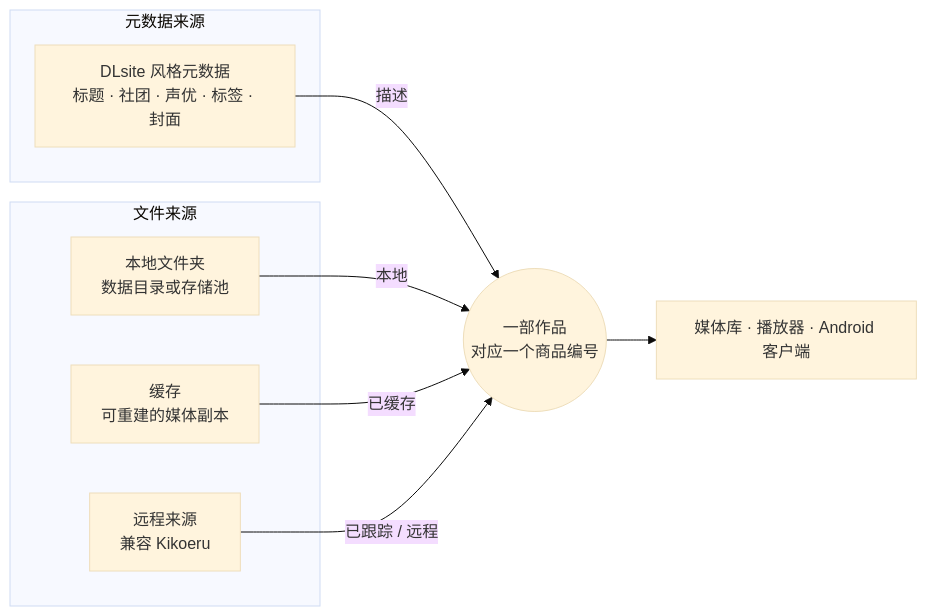
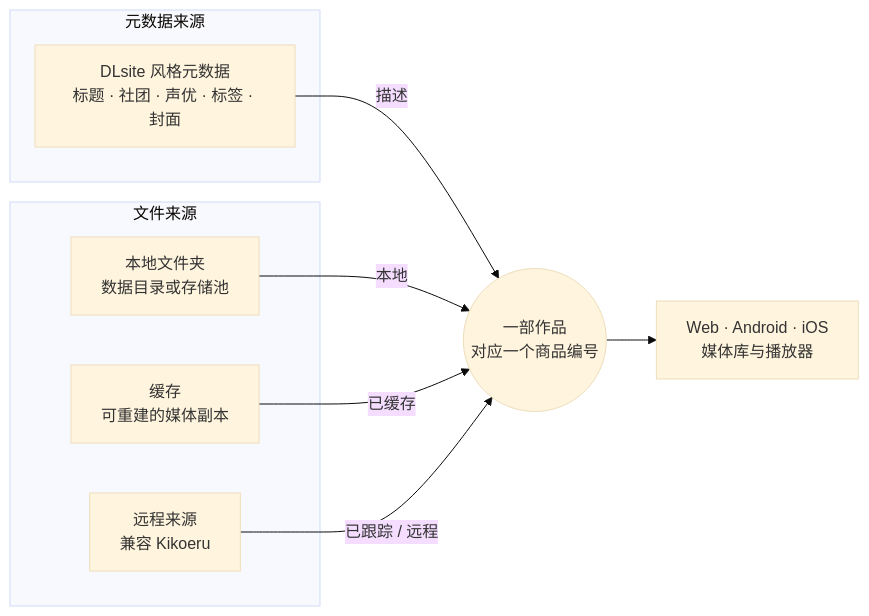
One commit to yexca/kikoto changed the diagram in docs/readme/README.zh-Hans.md. Above: the diagram before and after it, drawn with Mermaid (base theme). The commit also changed other lines of this file and 5 other files, not shown here.

````diff
--- a/docs/readme/README.zh-Hans.md
+++ b/docs/readme/README.zh-Hans.md
@@ -92,18 +116,18 @@
 ```mermaid
 flowchart LR
   subgraph Metadata["元数据来源"]
     MD["DLsite 风格元数据<br/>标题 · 社团 · 声优 · 标签 · 封面"]
   end
 
   subgraph Files["文件来源"]
     LF["本地文件夹<br/>数据目录或存储池"]
     CA["缓存<br/>可重建的媒体副本"]
     RS["远程来源<br/>兼容 Kikoeru"]
   end
 
   MD -- 描述 --> W(("一部作品<br/>对应一个商品编号"))
   LF -- 本地 --> W
   CA -- 已缓存 --> W
   RS -- "已跟踪 / 远程" --> W
-  W --> UI["媒体库 · 播放器 · Android 客户端"]
+  W --> UI["Web · Android · iOS<br/>媒体库与播放器"]
 ```
````
